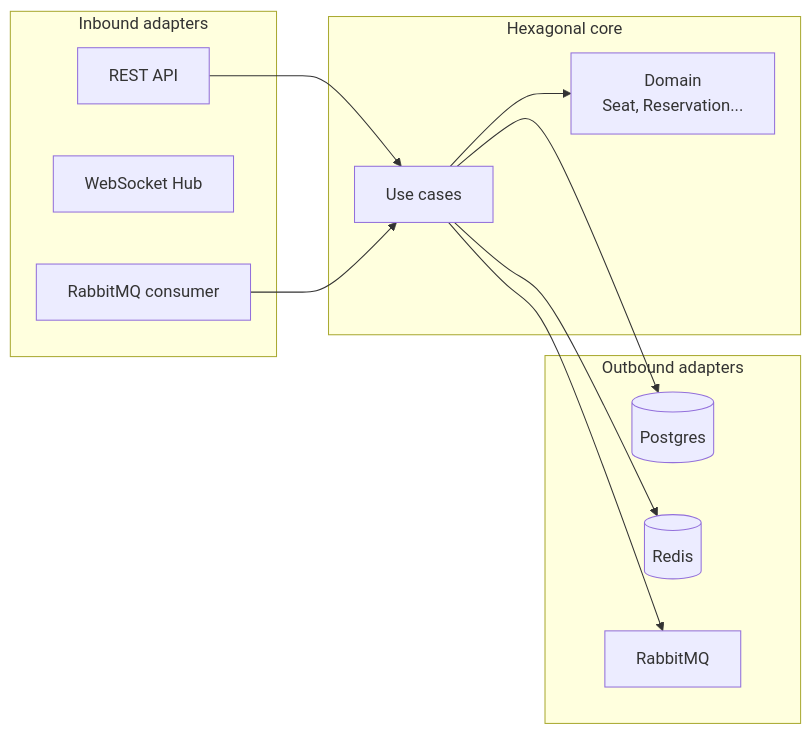
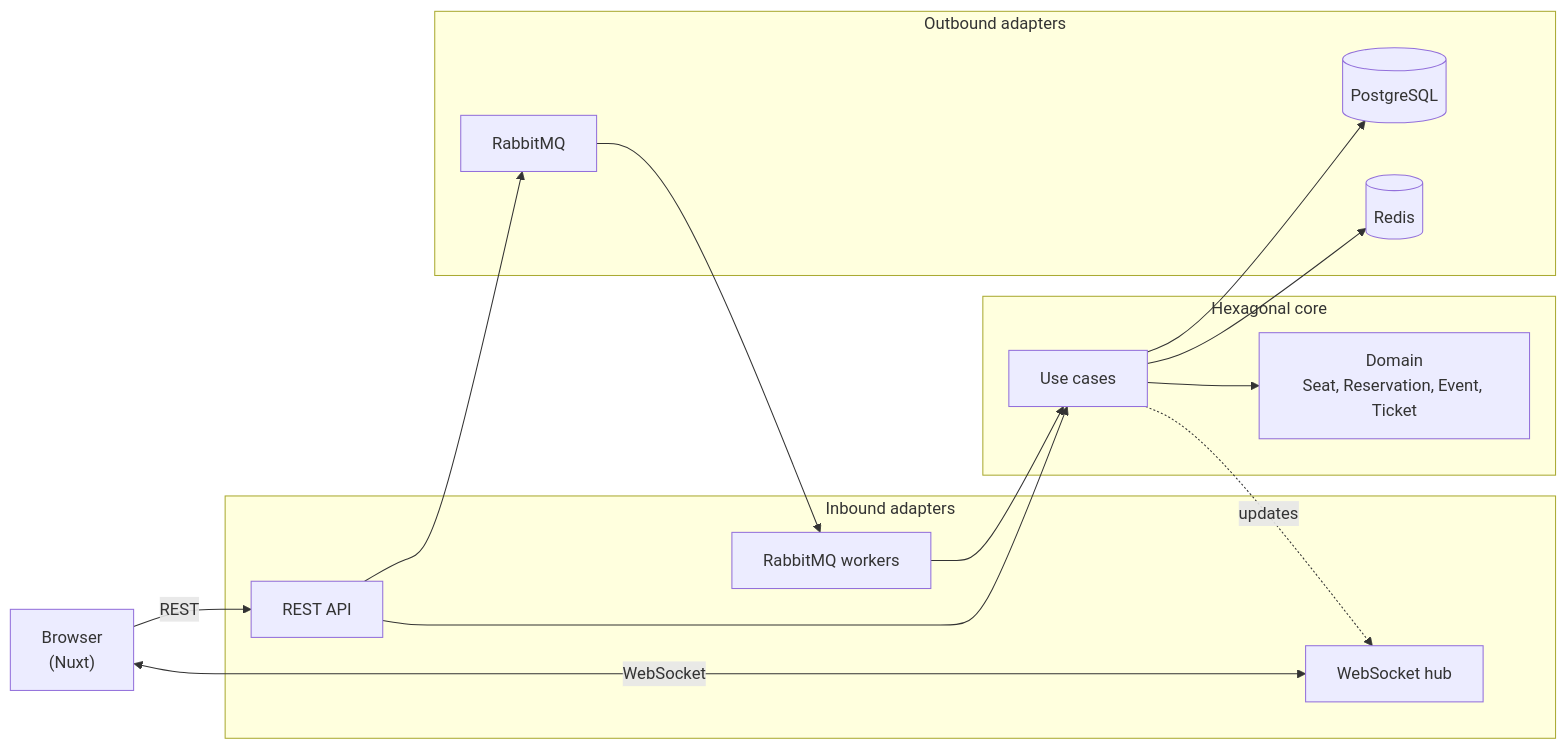
Before and after one commit to carlosmorales-dev-mx/ticketing-system: the first of 3 diagrams in README.en.md, drawn with Mermaid. The commit also changed other lines of this file and 49 other files, not shown here.

````diff
--- a/README.en.md
+++ b/README.en.md
@@ -23,23 +70,27 @@
 ```mermaid
 flowchart LR
     subgraph IN["Inbound adapters"]
         HTTP["REST API"]
-        WS["WebSocket Hub"]
-        AMQP["RabbitMQ consumer"]
+        WS["WebSocket hub"]
+        AMQP["RabbitMQ workers"]
     end
     subgraph CORE["Hexagonal core"]
         UC["Use cases"]
-        DOM["Domain<br/>Seat, Reservation..."]
+        DOM["Domain<br/>Seat, Reservation, Event, Ticket"]
     end
     subgraph OUT["Outbound adapters"]
-        PG[("Postgres")]
+        PG[("PostgreSQL")]
         REDIS[("Redis")]
         RMQ["RabbitMQ"]
     end
+    Browser["Browser<br/>(Nuxt)"] -->|REST| HTTP
+    Browser <-->|WebSocket| WS
+    HTTP --> RMQ
+    RMQ --> AMQP
+    AMQP --> UC
     HTTP --> UC
-    AMQP --> UC
     UC --> DOM
     UC --> PG
     UC --> REDIS
-    UC --> RMQ
+    UC -. updates .-> WS
 ```
````
